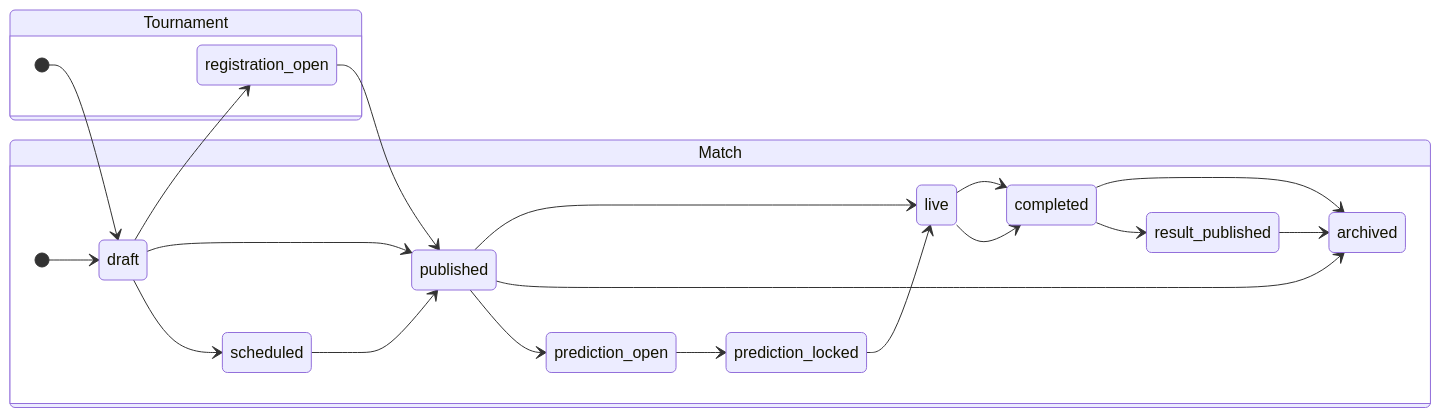
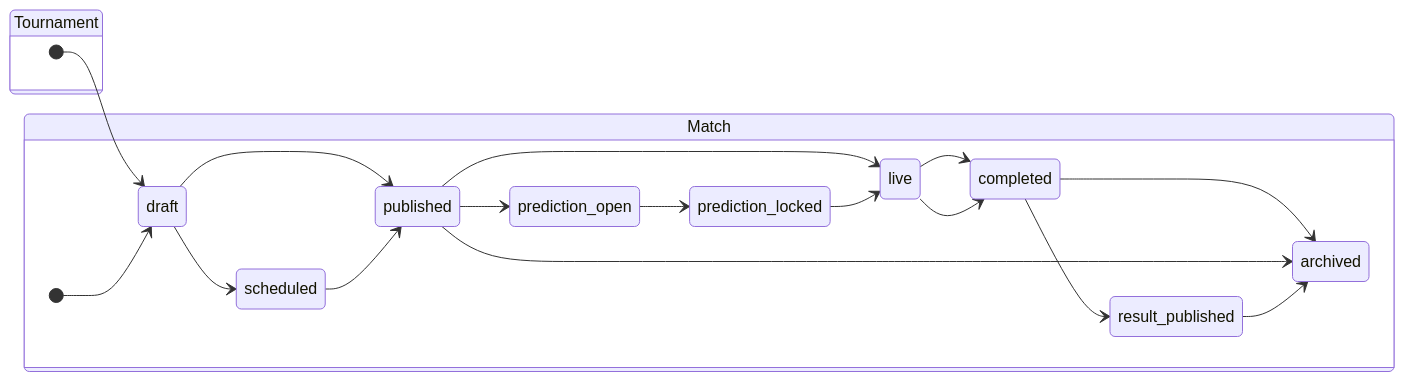
One commit to deepeshdarshan/pickthewinner changed the diagram in docs/product/STATUS_REFERENCE.md. Above: the diagram before and after it, drawn with Mermaid. The commit also changed other lines of this file and 33 other files, not shown here.

````diff
--- a/docs/product/STATUS_REFERENCE.md
+++ b/docs/product/STATUS_REFERENCE.md
@@ -16,27 +16,25 @@
 ```mermaid
 stateDiagram-v2
   direction LR
 
   state "Tournament" as T {
     [*] --> draft
-    draft --> registration_open
     draft --> published
-    registration_open --> published
     published --> live
     live --> completed
     completed --> archived
     published --> archived
   }
 
   state "Match" as M {
     [*] --> draft
     draft --> scheduled
     scheduled --> published
     published --> prediction_open
     prediction_open --> prediction_locked
     prediction_locked --> live
     live --> completed
     completed --> result_published
     result_published --> archived
   }
 ```
````
